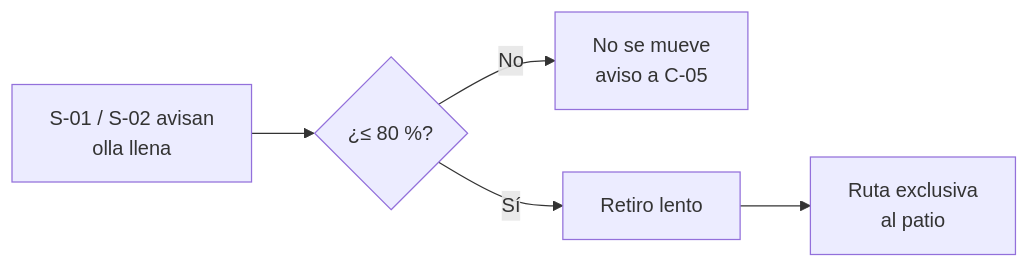
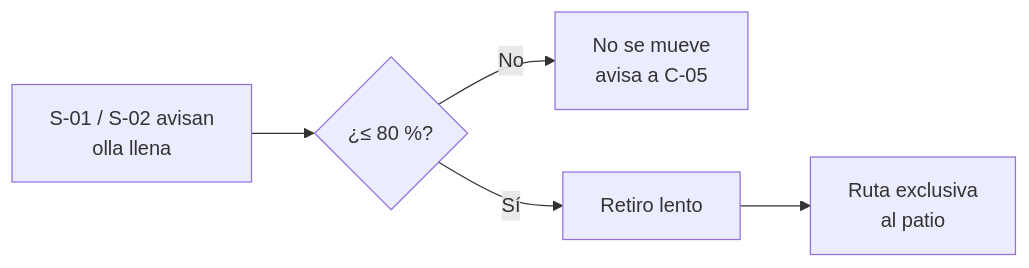
Before and after one commit to diegocardonaguzman03-maker/HR: the fourth of 5 diagrams in 10-plantas/01-steelmaking/06-instrucciones-trabajo/IT-S10-operador-manejo-escoria.md, drawn with Mermaid. The commit also changed other lines of this file and 7 other files, not shown here.

````diff
--- a/10-plantas/01-steelmaking/06-instrucciones-trabajo/IT-S10-operador-manejo-escoria.md
+++ b/10-plantas/01-steelmaking/06-instrucciones-trabajo/IT-S10-operador-manejo-escoria.md
@@ -113,7 +113,7 @@
 ```mermaid
 flowchart LR
     A["S-01 / S-02 avisan<br/>olla llena"] --> B{"¿≤ 80 %?"}
-    B -- "No" --> C["No se mueve<br/>aviso a C-05"]
+    B -- "No" --> C["No se mueve<br/>avisa a C-05"]
     B -- "Sí" --> D["Retiro lento"]
     D --> E["Ruta exclusiva<br/>al patio"]
 ```
````
